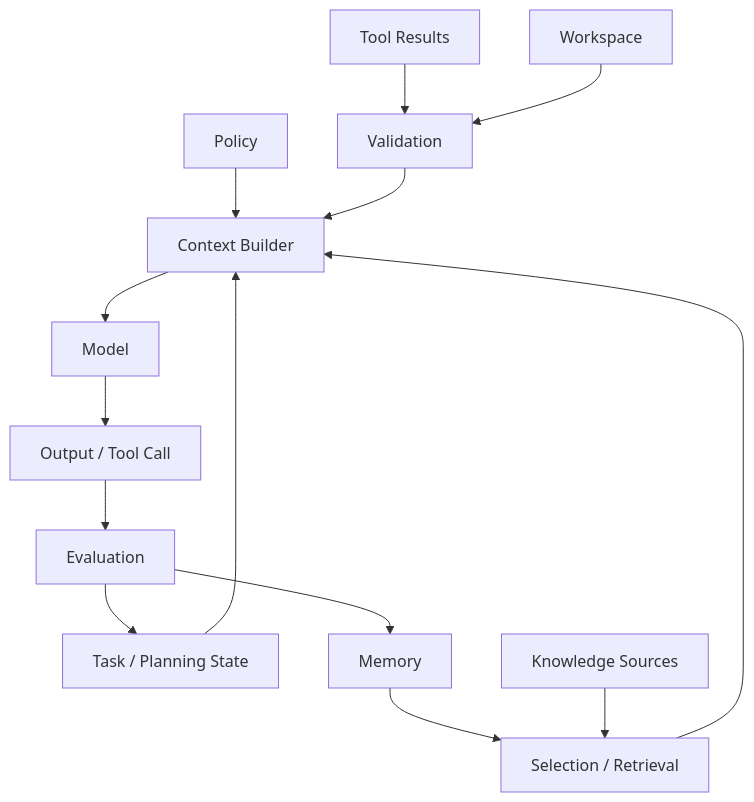
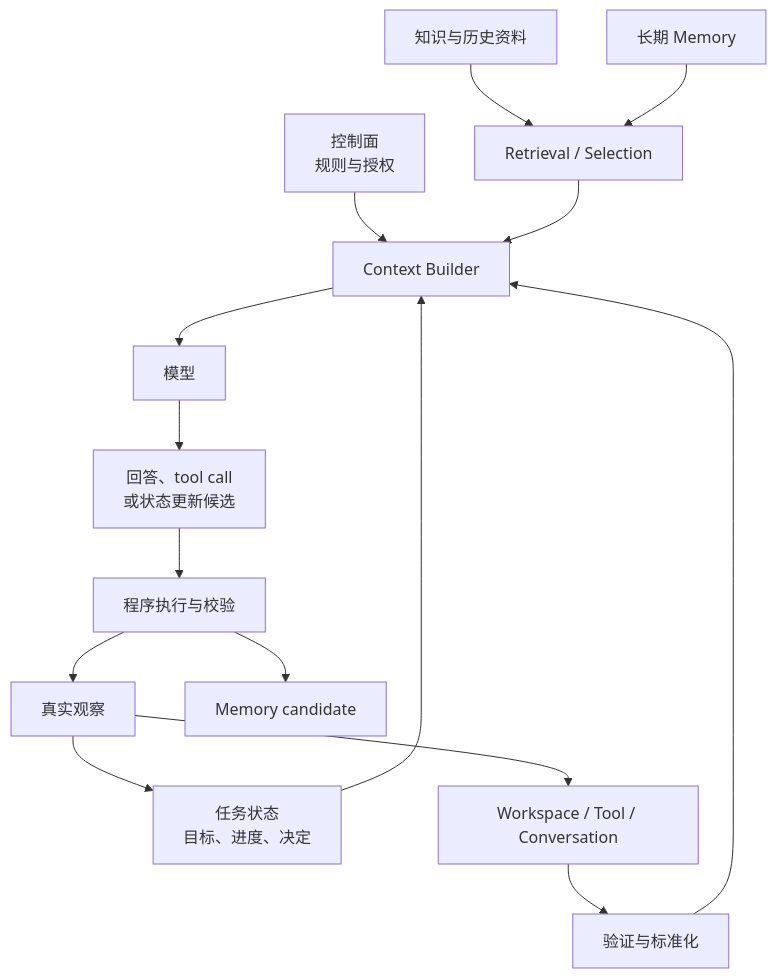
Before and after one commit to nowhere-man/agents-from-scratch: the diagram in context-engineering/01-context-architecture.md, drawn with Mermaid. The commit also changed other lines of this file and 12 other files, not shown here.

````diff
--- a/context-engineering/01-context-architecture.md
+++ b/context-engineering/01-context-architecture.md
@@ -46,16 +105,17 @@
 ```mermaid
 flowchart TD
-    P["Policy"] --> B["Context Builder"]
-    S["Task / Planning State"] --> B
-    M["Memory"] --> Q["Selection / Retrieval"]
-    R["Knowledge Sources"] --> Q
-    T["Tool Results"] --> V["Validation"]
-    W["Workspace"] --> V
+    P["控制面<br/>规则与授权"] --> B["Context Builder"]
+    S["任务状态<br/>目标、进度、决定"] --> B
+    K["知识与历史资料"] --> Q["Retrieval / Selection"]
+    M["长期 Memory"] --> Q
     Q --> B
+    W["Workspace / Tool / Conversation"] --> V["验证与标准化"]
     V --> B
-    B --> L["Model"]
-    L --> O["Output / Tool Call"]
-    O --> E["Evaluation"]
-    E --> S
-    E --> M
+    B --> L["模型"]
+    L --> C["回答、tool call<br/>或状态更新候选"]
+    C --> X["程序执行与校验"]
+    X --> O["真实观察"]
+    O --> S
+    O --> W
+    X --> N["Memory candidate"]
 ```
````
